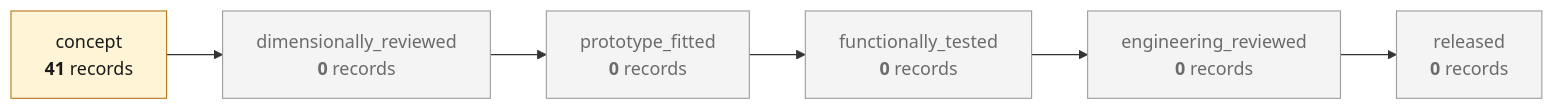
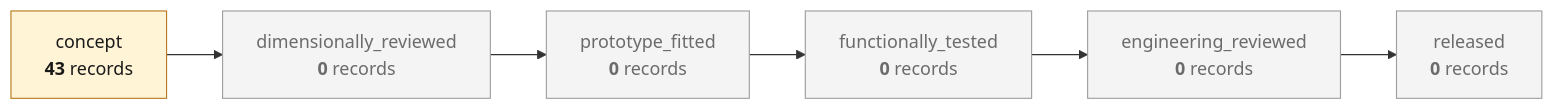
The third of 4 diagrams in README.md (cluster2600/porscheparts), drawn with Mermaid before and after one commit. The commit also changed other lines of this file and 39 other files, not shown here.

````diff
--- a/README.md
+++ b/README.md
@@ -307,18 +307,18 @@
 ```mermaid
 flowchart LR
-    L0["concept<br/><b>41</b> records"]
+    L0["concept<br/><b>43</b> records"]
     L1["dimensionally_reviewed<br/><b>0</b> records"]
     L2["prototype_fitted<br/><b>0</b> records"]
     L3["functionally_tested<br/><b>0</b> records"]
     L4["engineering_reviewed<br/><b>0</b> records"]
     L5["released<br/><b>0</b> records"]
     L0 --> L1 --> L2 --> L3 --> L4 --> L5
     classDef here fill:#fff4d6,stroke:#b7791f,color:#1a1a1a;
     classDef empty fill:#f4f4f4,stroke:#9e9e9e,color:#6b6b6b;
     class L0 here
     class L1 empty
     class L2 empty
     class L3 empty
     class L4 empty
     class L5 empty
 ```
````
